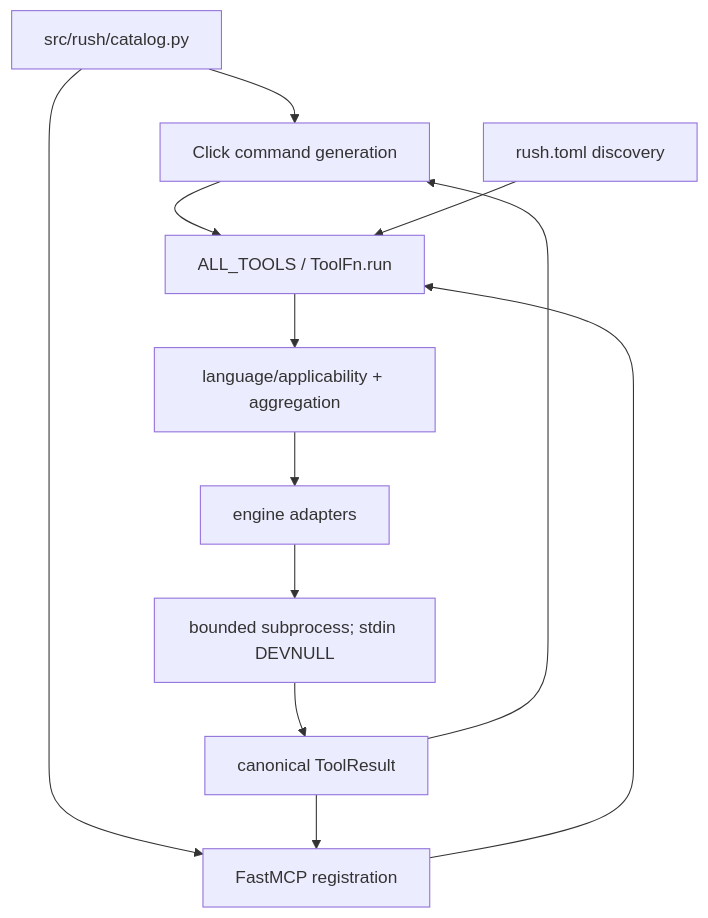
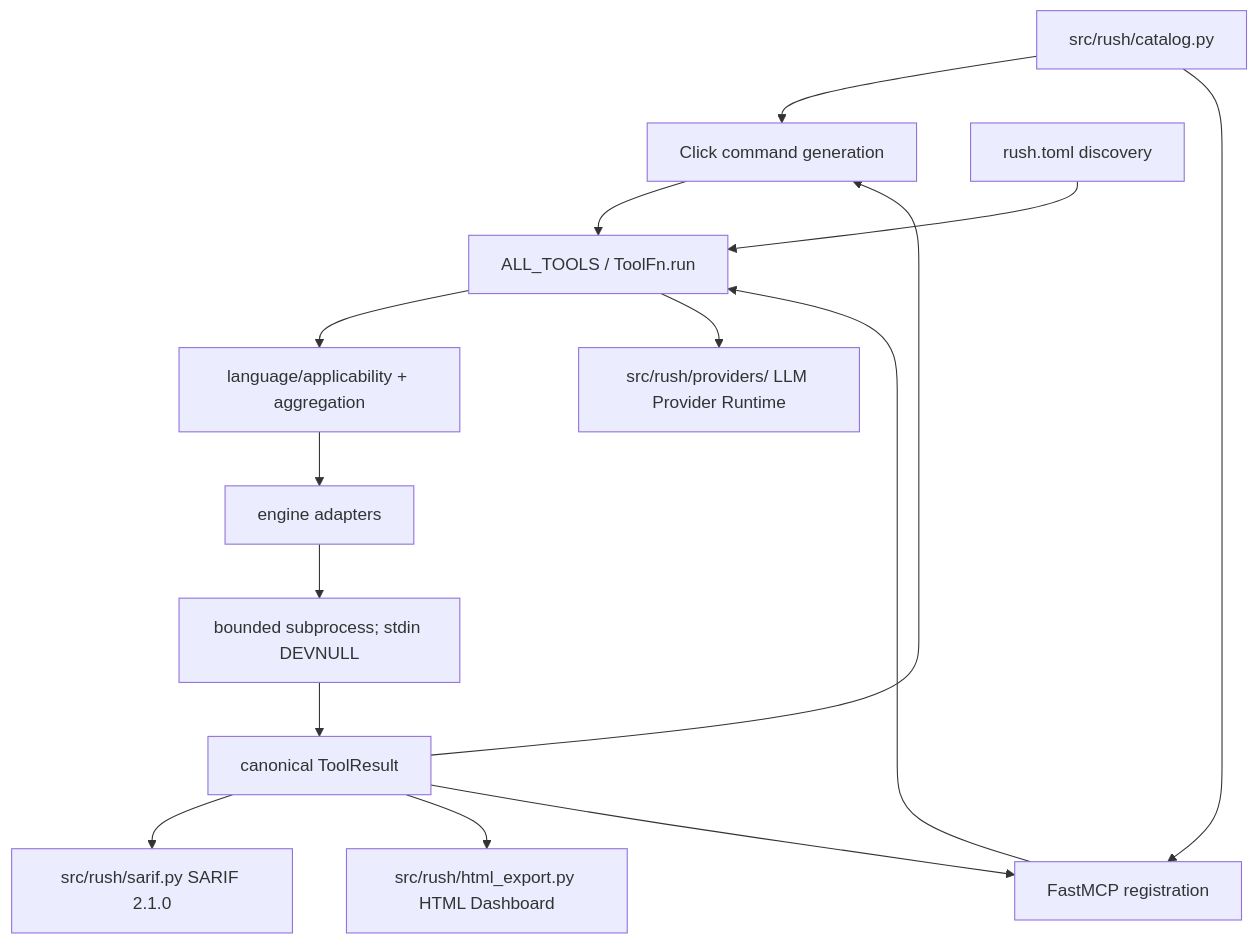
One commit to jamesdsizemore/rush-cli changed the first of 3 diagrams in docs/ARCHITECTURE.md. Above: the diagram before and after it, drawn with Mermaid. The commit also changed other lines of this file and 129 other files, not shown here.

Commit message:
feat: complete Phase 20 AI anti-slop, modular boundaries, SARIF/HTML export & zero-drift doc engine

````diff
--- a/docs/ARCHITECTURE.md
+++ b/docs/ARCHITECTURE.md
@@ -5,14 +5,17 @@
 ```mermaid
 flowchart TB
   Catalog[src/rush/catalog.py] --> CLI[Click command generation]
   Catalog --> MCP[FastMCP registration]
   CLI --> Tools[ALL_TOOLS / ToolFn.run]
   MCP --> Tools
   Config[rush.toml discovery] --> Tools
   Tools --> Routing[language/applicability + aggregation]
   Routing --> Adapters[engine adapters]
   Adapters --> Proc[bounded subprocess; stdin DEVNULL]
   Proc --> Normalize[canonical ToolResult]
+  Normalize --> SARIF[src/rush/sarif.py SARIF 2.1.0]
+  Normalize --> HTML[src/rush/html_export.py HTML Dashboard]
   Normalize --> CLI
   Normalize --> MCP
+  Tools --> LLM[src/rush/providers/ LLM Provider Runtime]
 ```
````
